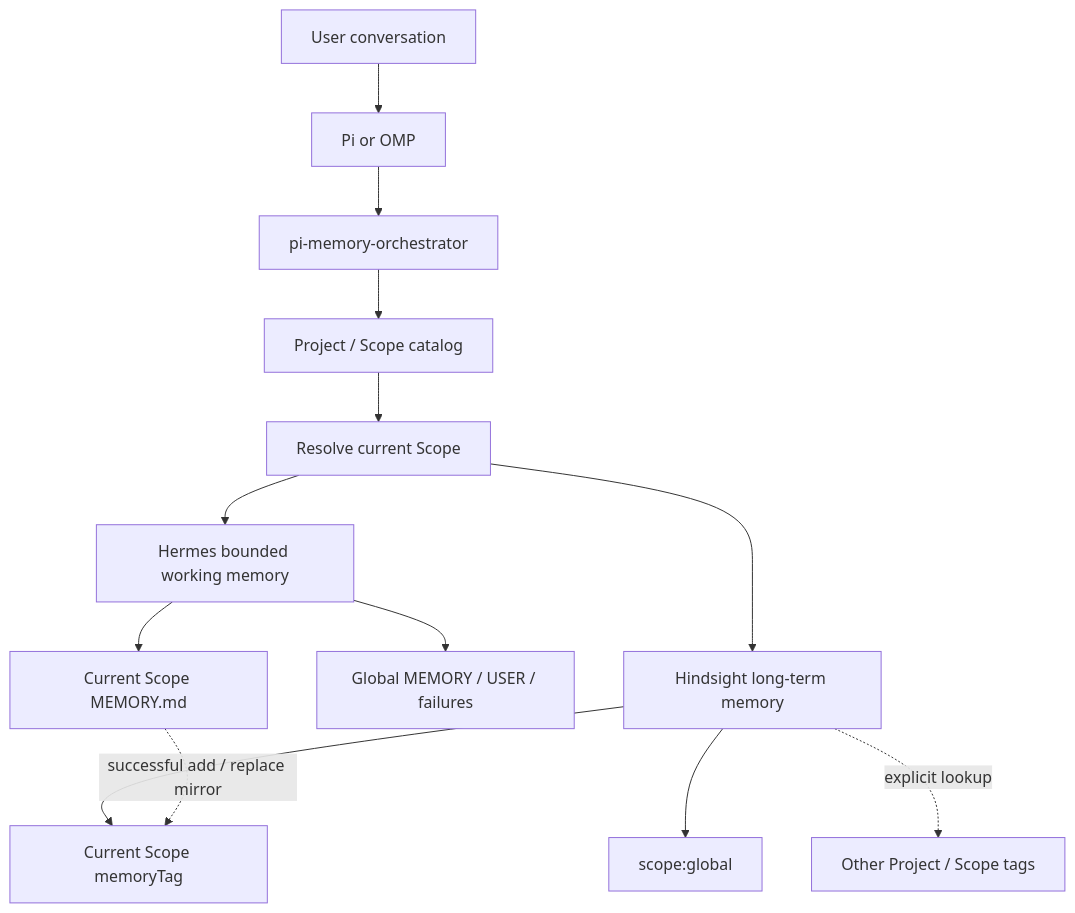
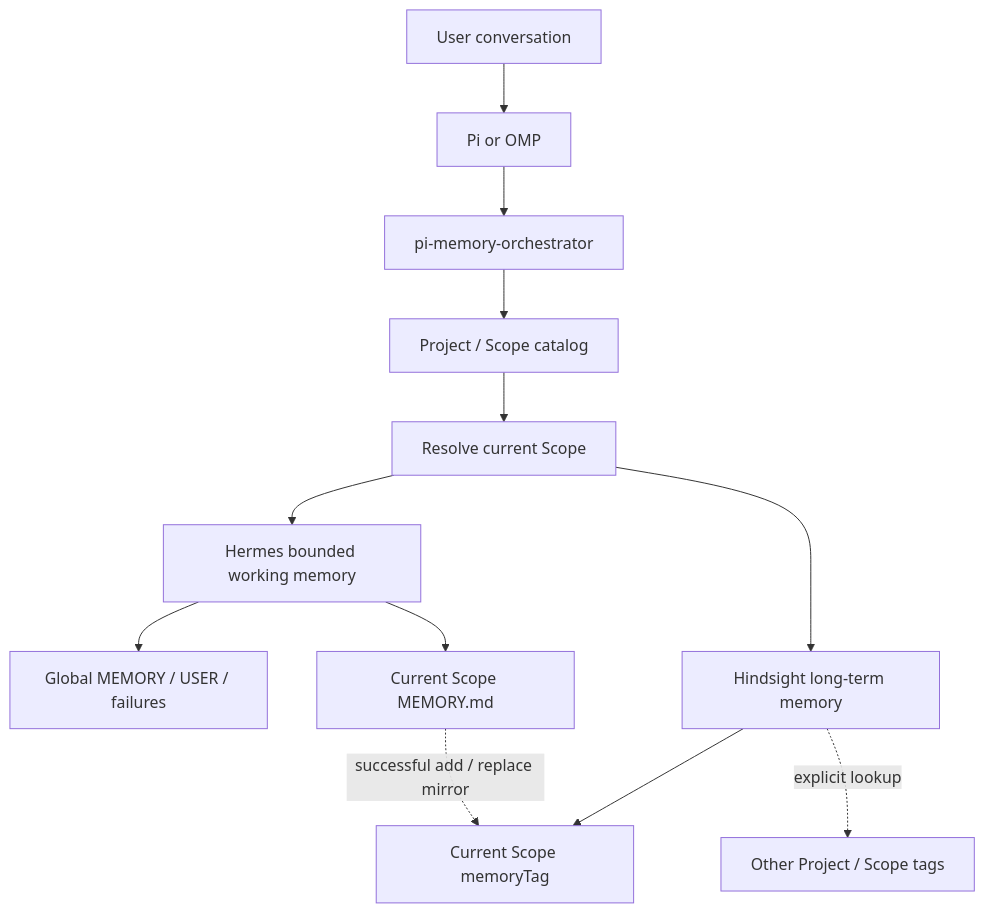
One commit to dudong2/pi-memory-orchestrator changed the first of 4 diagrams in README.md. Above: the diagram before and after it, drawn with Mermaid. The commit also changed other lines of this file and 18 other files, not shown here.

Commit message:
feat: remove global memory scope

````diff
--- a/README.md
+++ b/README.md
@@ -7,19 +7,18 @@
 ```mermaid
 flowchart TB
     User[User conversation] --> Harness[Pi or OMP]
     Harness --> Orchestrator[pi-memory-orchestrator]
     Orchestrator --> Catalog[Project / Scope catalog]
     Catalog --> Current[Resolve current Scope]
 
     Current --> Hermes[Hermes bounded working memory]
     Current --> Hindsight[Hindsight long-term memory]
 
     Hermes --> HermesGlobal[Global MEMORY / USER / failures]
     Hermes --> HermesScope[Current Scope MEMORY.md]
 
-    Hindsight --> HindsightGlobal[scope:global]
     Hindsight --> HindsightCurrent[Current Scope memoryTag]
     Hindsight -. explicit lookup .-> OtherScopes[Other Project / Scope tags]
 
     HermesScope -. successful add / replace mirror .-> HindsightCurrent
 ```
````
